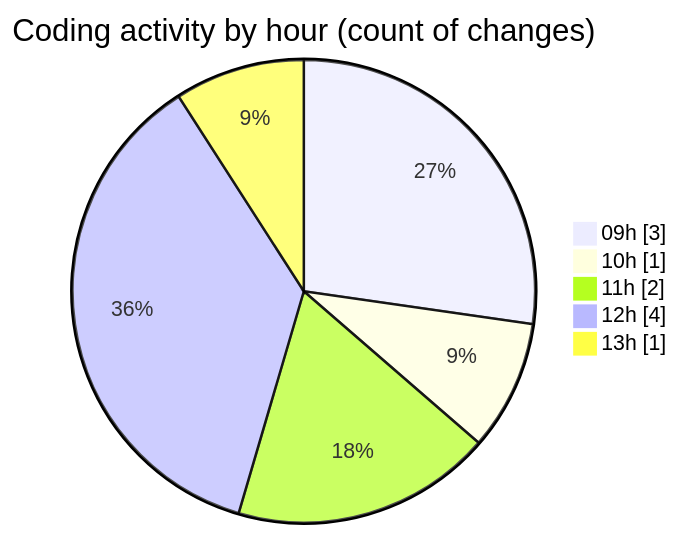
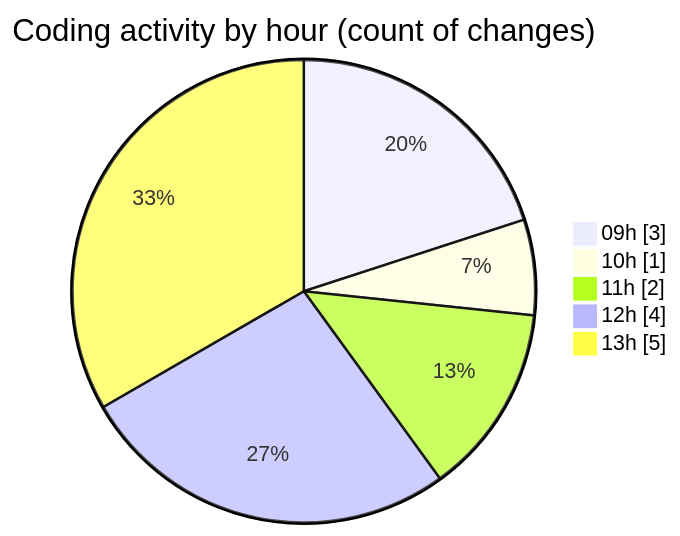
The second of 2 diagrams in 2025-06-05/web/README.md (LanceThiago/code-tracking), drawn with Mermaid before and after one commit. The commit also changed other lines of this file and 1 other file, not shown here.

````diff
--- a/2025-06-05/web/README.md
+++ b/2025-06-05/web/README.md
@@ -28,9 +29,9 @@
 ```mermaid
 pie showData
 title Coding activity by hour (count of changes)
 "09h" : 3
 "10h" : 1
 "11h" : 2
 "12h" : 4
-"13h" : 1
+"13h" : 5
 ```
````
